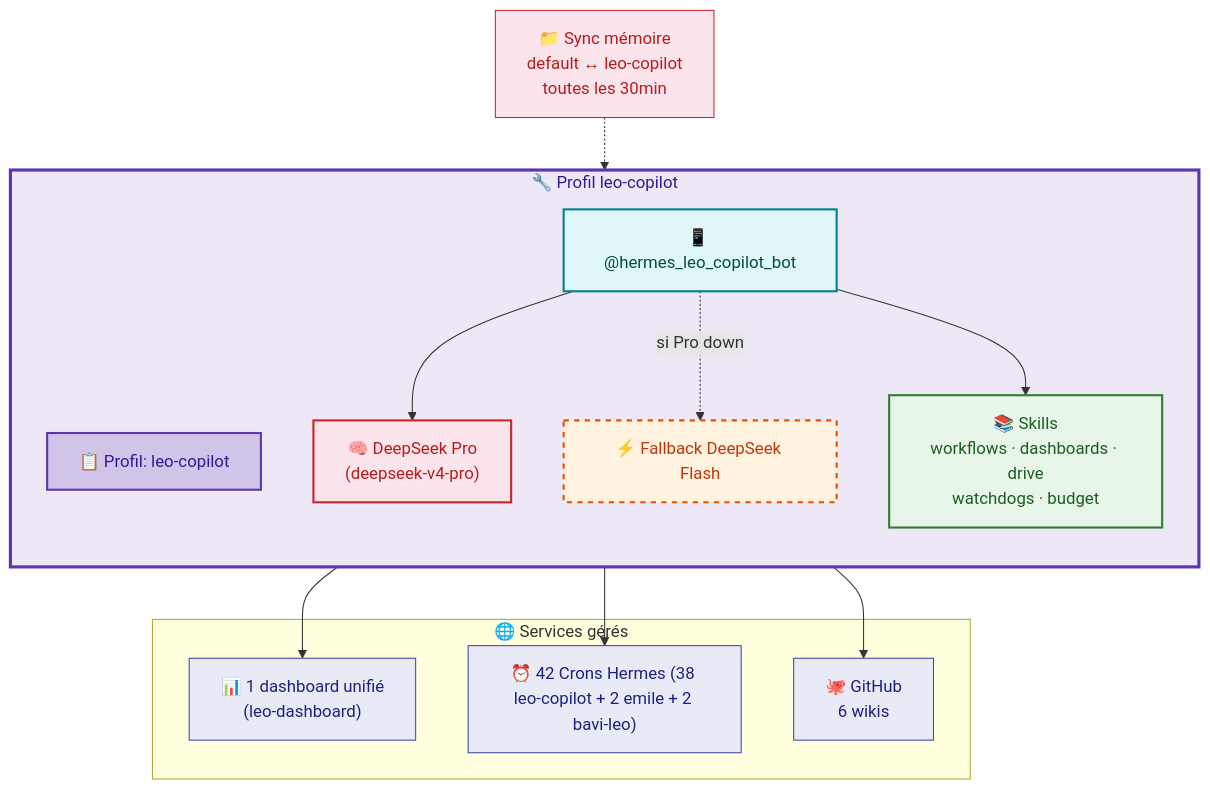
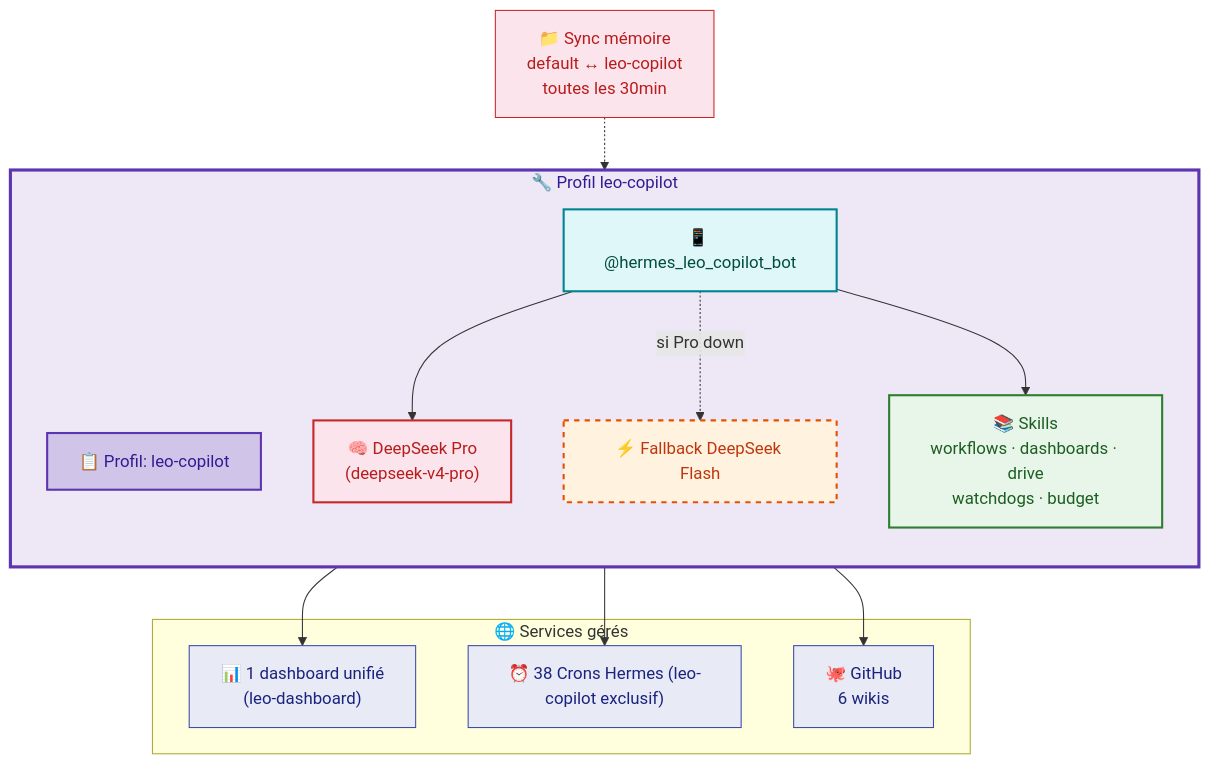
Before and after one commit to christophedanhier-hash/hermes-wiki: the third of 5 diagrams in docs/hermes/architecture-communication.md, drawn with Mermaid. The commit also changed other lines of this file and 4 other files, not shown here.

````diff
--- a/docs/hermes/architecture-communication.md
+++ b/docs/hermes/architecture-communication.md
@@ -135,39 +135,39 @@
 ```mermaid
 flowchart TB
     subgraph COPILOT["🔧 Profil leo-copilot"]
         direction TB
         P1["📋 Profil: leo-copilot"]
         B1["📱 @hermes_leo_copilot_bot"]
         M1["🧠 DeepSeek Pro<br/>(deepseek-v4-pro)"]
         F1["⚡ Fallback DeepSeek Flash"]
         SKILLS["📚 Skills<br/>workflows · dashboards · drive<br/>watchdogs · budget"]
     end
 
     subgraph EXTERNE["🌐 Services gérés"]
         DASH["📊 1 dashboard unifié<br/>(leo-dashboard)"]
-        CRONS["⏰ 42 Crons Hermes (38 leo-copilot + 2 emile + 2 bavi-leo)"]
+        CRONS["⏰ 38 Crons Hermes (leo-copilot exclusif)"]
         GH["🐙 GitHub<br/>6 wikis"]
     end
 
     MEM["📁 Sync mémoire<br/>default ↔ leo-copilot<br/>toutes les 30min"]
 
     B1 --> M1
     B1 -.->|"si Pro down"| F1
     B1 --> SKILLS
     MEM -.-> P1
 
     SKILLS --> DASH
     SKILLS --> CRONS
     SKILLS --> GH
 
     style COPILOT fill:#ede7f6,stroke:#5e35b1,stroke-width:3px,color:#311b92
     style P1 fill:#d1c4e9,stroke:#5e35b1,stroke-width:2px,color:#311b92
     style B1 fill:#e0f7fa,stroke:#00838f,stroke-width:2px,color:#004d40
     style M1 fill:#fce4ec,stroke:#c62828,stroke-width:2px,color:#b71c1c
     style F1 fill:#fff3e0,stroke:#e65100,stroke-width:2px,stroke-dasharray:5,color:#bf360c
     style SKILLS fill:#e8f5e9,stroke:#2e7d32,stroke-width:2px,color:#1b5e20
     style MEM fill:#fce4ec,stroke:#c62828,color:#b71c1c
     style DASH fill:#e8eaf6,stroke:#3949ab,color:#1a237e
     style CRONS fill:#e8eaf6,stroke:#3949ab,color:#1a237e
     style GH fill:#e8eaf6,stroke:#3949ab,color:#1a237e
 ```
````
